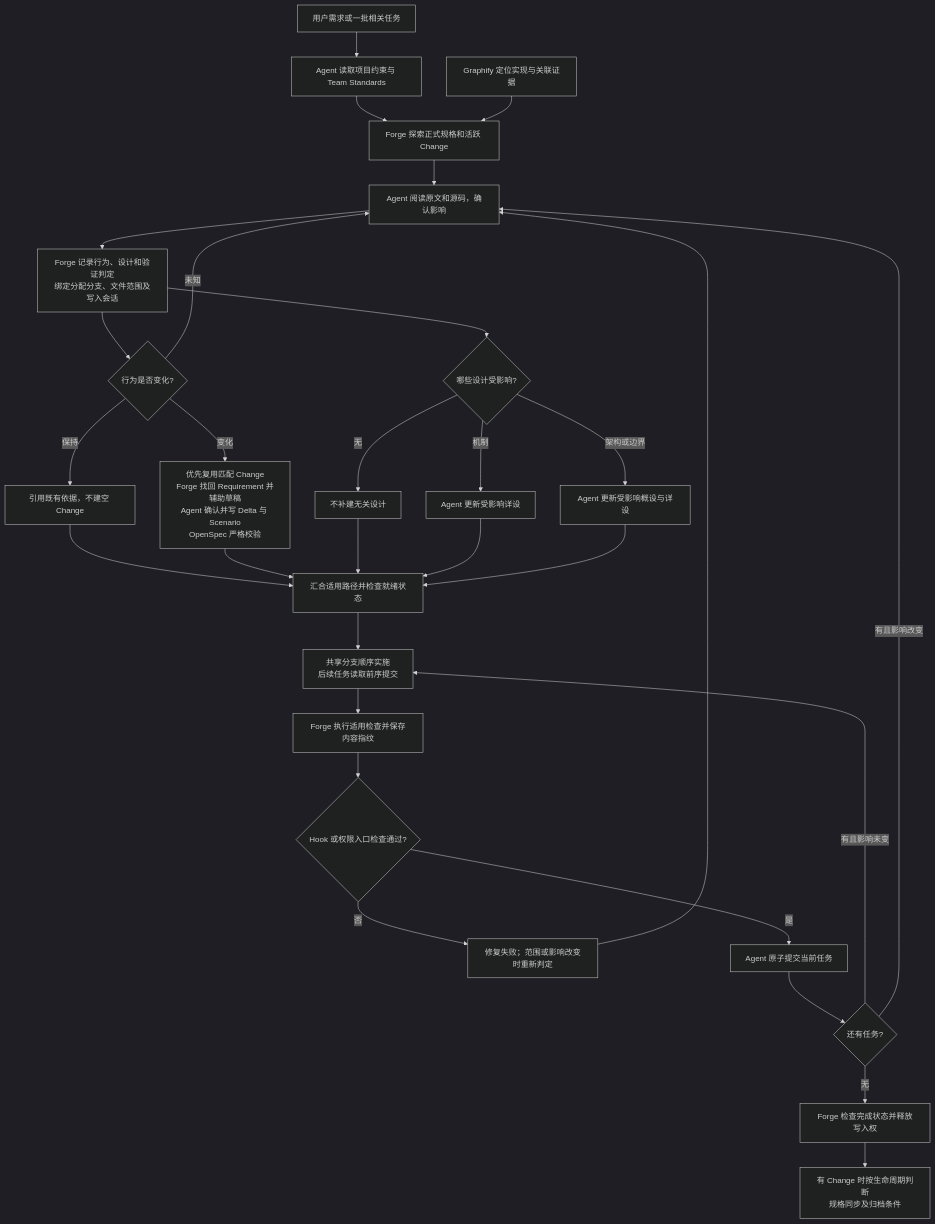
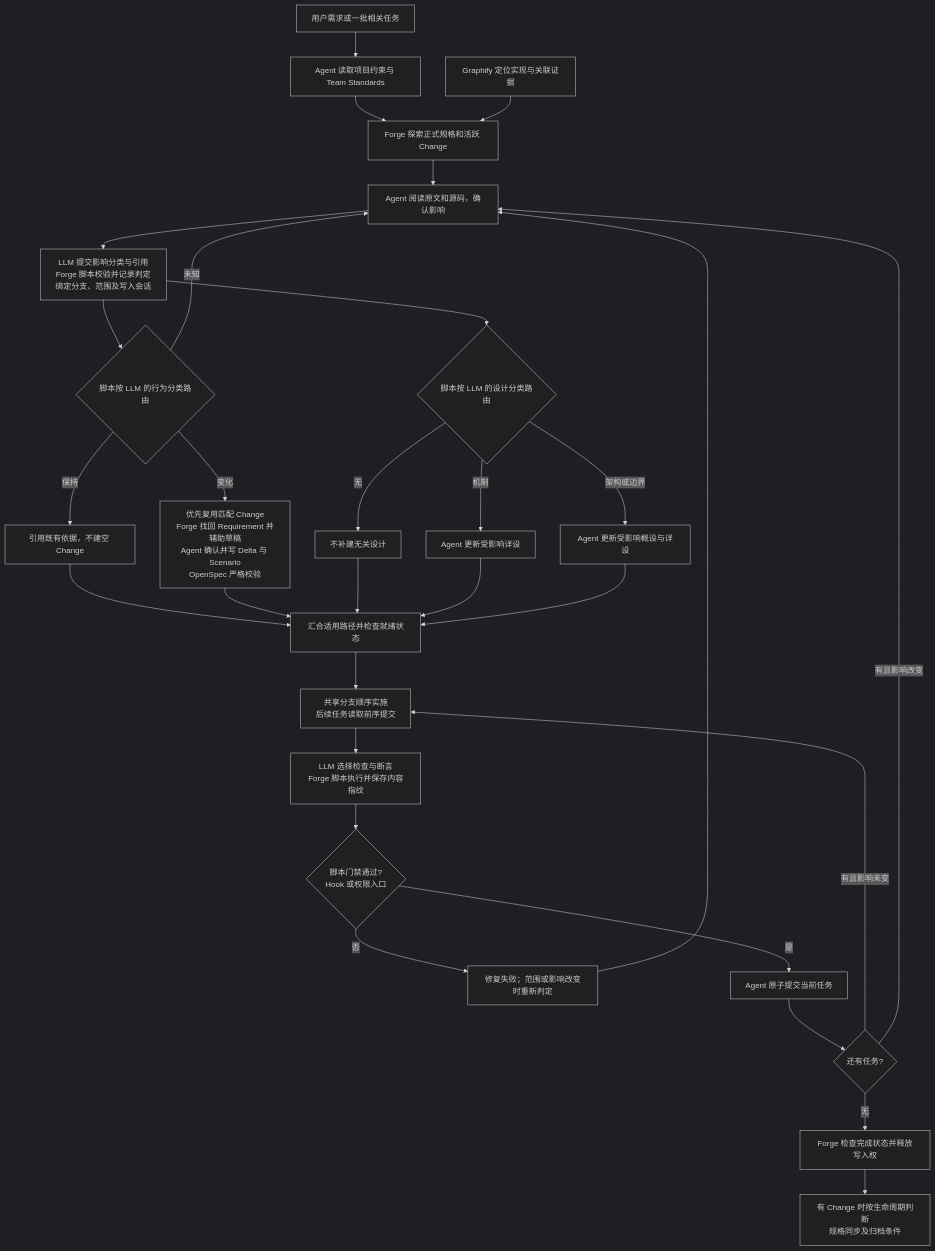
One commit to exception-coder/kai-toolbox changed the first of 2 diagrams in docs/ai-coding-architecture.md. Above: the diagram before and after it, drawn with Mermaid (dark theme). The commit also changed other lines of this file, not shown here.

First line of the commit message:
docs(architecture): 标明LLM与脚本判定边界

````diff
--- a/docs/ai-coding-architecture.md
+++ b/docs/ai-coding-architecture.md
@@ -39,32 +65,32 @@
 ```mermaid
 flowchart TD
     REQUEST["用户需求或一批相关任务"] --> READ["Agent 读取项目约束与 Team Standards"]
     READ --> DISCOVER["Forge 探索正式规格和活跃 Change"]
     GRAPHIFY["Graphify 定位实现与关联证据"] --> DISCOVER
     DISCOVER --> REVIEW["Agent 阅读原文和源码，确认影响"]
-    REVIEW --> ASSESS["Forge 记录行为、设计和验证判定<br/>绑定分配分支、文件范围及写入会话"]
-    ASSESS --> SPEC_ROUTE{"行为是否变化?"}
+    REVIEW --> ASSESS["LLM 提交影响分类与引用<br/>Forge 脚本校验并记录判定<br/>绑定分支、范围及写入会话"]
+    ASSESS --> SPEC_ROUTE{"脚本按 LLM 的行为分类路由"}
     SPEC_ROUTE -->|"未知"| REVIEW
     SPEC_ROUTE -->|"保持"| NO_DELTA["引用既有依据，不建空 Change"]
     SPEC_ROUTE -->|"变化"| DELTA["优先复用匹配 Change<br/>Forge 找回 Requirement 并辅助草稿<br/>Agent 确认并写 Delta 与 Scenario<br/>OpenSpec 严格校验"]
-    ASSESS --> DESIGN_ROUTE{"哪些设计受影响?"}
+    ASSESS --> DESIGN_ROUTE{"脚本按 LLM 的设计分类路由"}
     DESIGN_ROUTE -->|"无"| NO_DESIGN["不补建无关设计"]
     DESIGN_ROUTE -->|"机制"| DETAIL["Agent 更新受影响详设"]
     DESIGN_ROUTE -->|"架构或边界"| BOTH["Agent 更新受影响概设与详设"]
     NO_DELTA --> READY["汇合适用路径并检查就绪状态"]
     DELTA --> READY
     NO_DESIGN --> READY
     DETAIL --> READY
     BOTH --> READY
     READY --> IMPLEMENT["共享分支顺序实施<br/>后续任务读取前序提交"]
-    IMPLEMENT --> VERIFY["Forge 执行适用检查并保存内容指纹"]
-    VERIFY --> GATE{"Hook 或权限入口检查通过?"}
+    IMPLEMENT --> VERIFY["LLM 选择检查与断言<br/>Forge 脚本执行并保存内容指纹"]
+    VERIFY --> GATE{"脚本门禁通过?<br/>Hook 或权限入口"}
     GATE -->|"否"| REPAIR["修复失败；范围或影响改变时重新判定"]
     REPAIR --> REVIEW
     GATE -->|"是"| COMMIT["Agent 原子提交当前任务"]
     COMMIT --> MORE{"还有任务?"}
     MORE -->|"有且影响未变"| IMPLEMENT
     MORE -->|"有且影响改变"| REVIEW
     MORE -->|"无"| FINISH["Forge 检查完成状态并释放写入权"]
     FINISH --> ARCHIVE["有 Change 时按生命周期判断<br/>规格同步及归档条件"]
 ```
````
